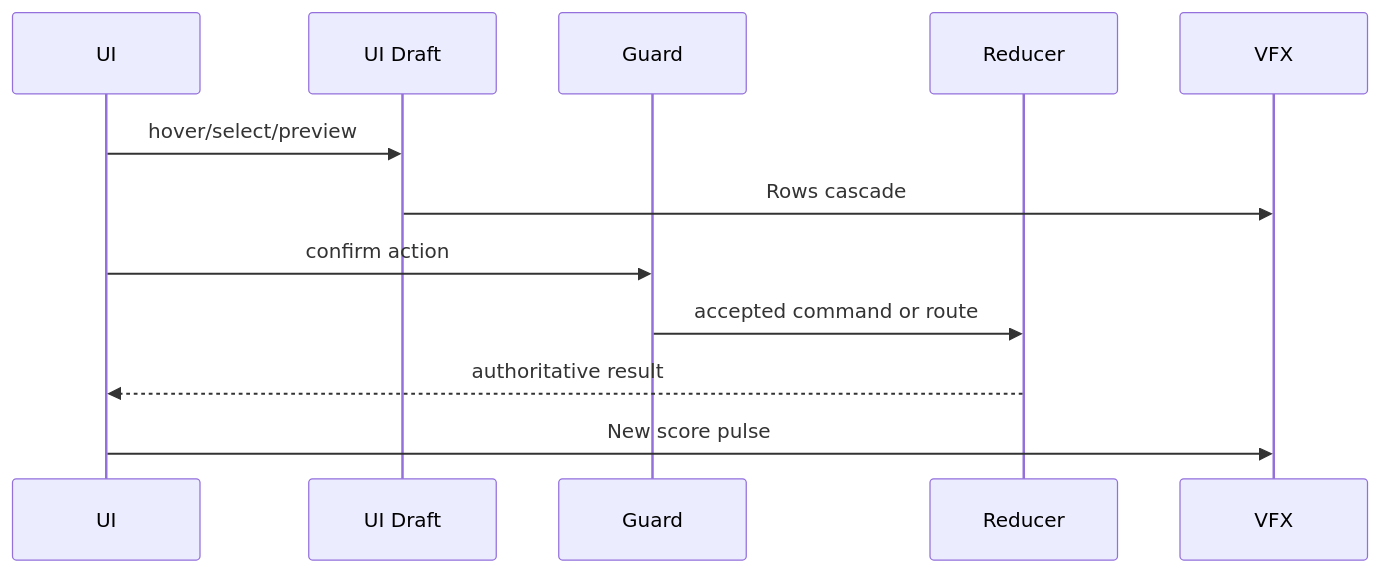
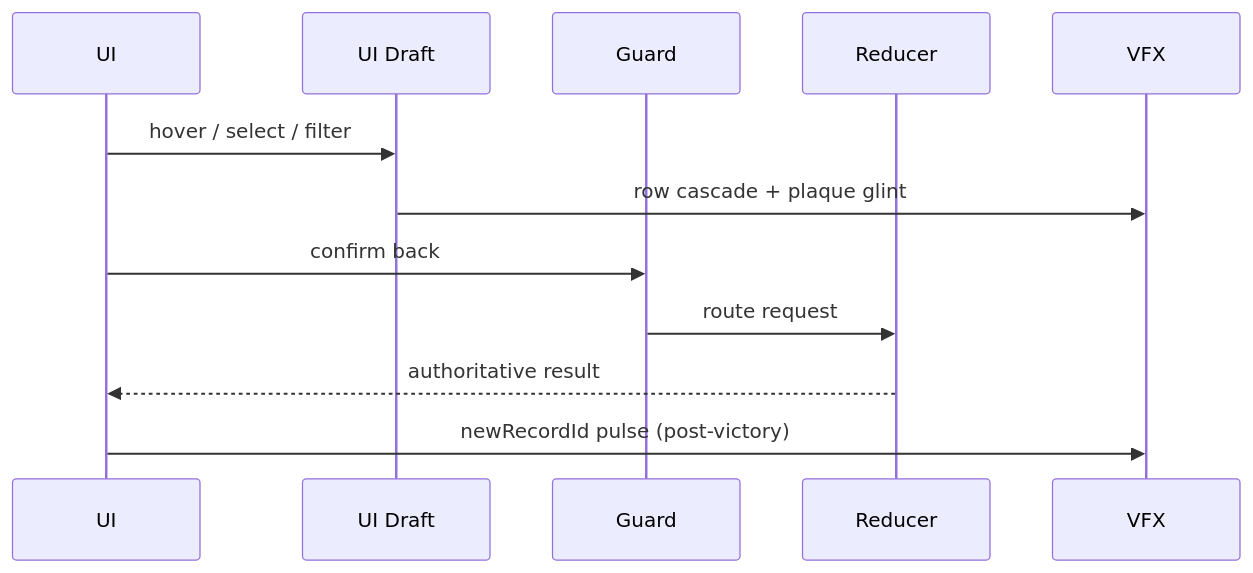
The fourth of 5 diagrams in docs/architecture/wiki/screens/57-high-scores/architecture.md (SunaNoOshiro/Heroes_Reforged_AI_Realms), drawn with Mermaid before and after one commit. The commit also changed other lines of this file and 518 other files, not shown here.

First line of the commit message:
Add doc-audit skill and sweep architecture/screen docs

````diff
--- a/docs/architecture/wiki/screens/57-high-scores/architecture.md
+++ b/docs/architecture/wiki/screens/57-high-scores/architecture.md
@@ -52,14 +56,14 @@
 ```mermaid
 sequenceDiagram
   participant UI
   participant Draft as UI Draft
   participant Guard
   participant Reducer
   participant VFX
-  UI->>Draft: hover/select/preview
-  Draft->>VFX: Rows cascade
-  UI->>Guard: confirm action
-  Guard->>Reducer: accepted command or route
+  UI->>Draft: hover / select / filter
+  Draft->>VFX: row cascade + plaque glint
+  UI->>Guard: confirm back
+  Guard->>Reducer: route request
   Reducer-->>UI: authoritative result
-  UI->>VFX: New score pulse
+  UI->>VFX: newRecordId pulse (post-victory)
 ```
````
